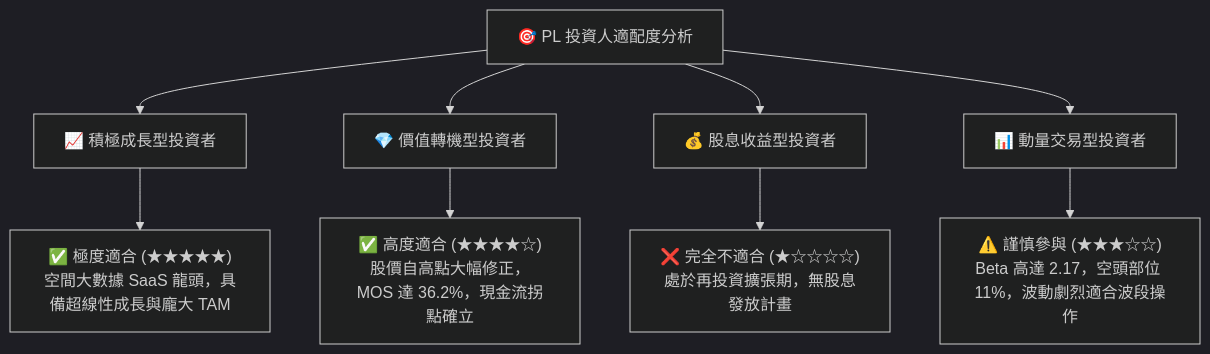
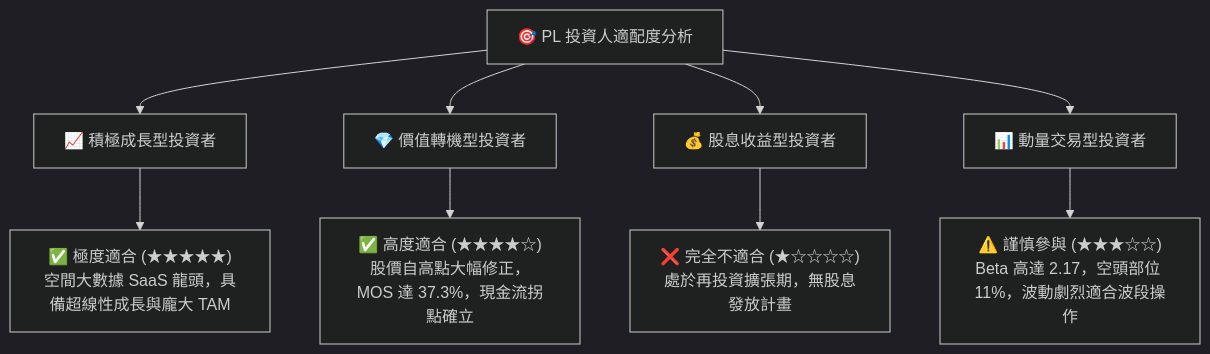
Diagram 15 of 15 in ai_gen_report/fundamental/pl/fundamental_analysis_2026-10-21_gemini.md (yennanliu/finance_data), drawn with Mermaid (dark theme) before and after one commit. The commit also changed other lines of this file and 339 other files, not shown here.

````diff
--- a/ai_gen_report/fundamental/pl/fundamental_analysis_2026-10-21_gemini.md
+++ b/ai_gen_report/fundamental/pl/fundamental_analysis_2026-10-21_gemini.md
@@ -1069,14 +1084,14 @@
 ```mermaid
 graph TD
     INV["🎯 PL 投資人適配度分析"]
 
     INV --> G["📈 積極成長型投資者"]
     INV --> V["💎 價值轉機型投資者"]
     INV --> D["💰 股息收益型投資者"]
     INV --> T["📊 動量交易型投資者"]
 
     G --> G1["✅ 極度適合 (★★★★★)<br/>空間大數據 SaaS 龍頭，具備超線性成長與龐大 TAM"]
-    V --> V1["✅ 高度適合 (★★★★☆)<br/>股價自高點大幅修正，MOS 達 36.2%，現金流拐點確立"]
+    V --> V1["✅ 高度適合 (★★★★☆)<br/>股價自高點大幅修正，MOS 達 37.3%，現金流拐點確立"]
     D --> D1["❌ 完全不適合 (★☆☆☆☆)<br/>處於再投資擴張期，無股息發放計畫"]
     T --> T1["⚠️ 謹慎參與 (★★★☆☆)<br/>Beta 高達 2.17，空頭部位 11%，波動劇烈適合波段操作"]
 ```
````
